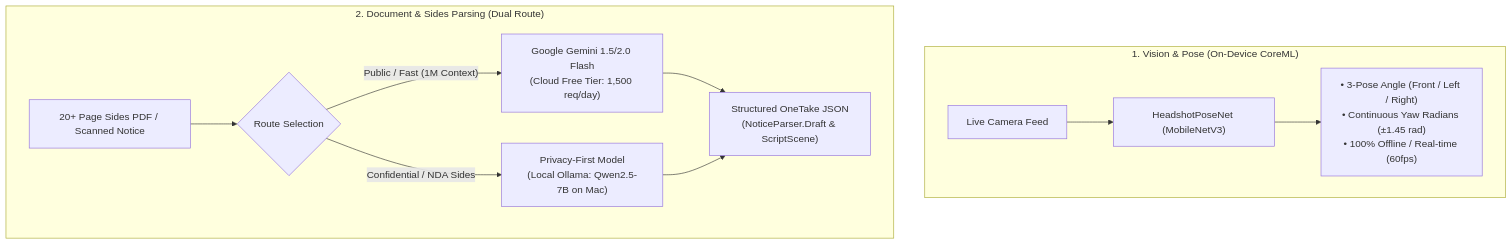
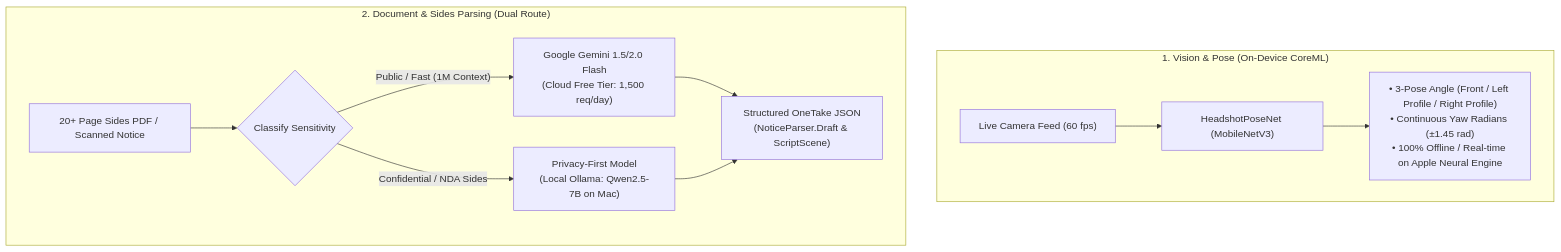
The diagram in docs/ML_PIPELINE.md (IneshAg/OneTake-iOS), drawn with Mermaid before and after one commit. The commit also changed other lines of this file and 2 other files, not shown here.

````diff
--- a/docs/ML_PIPELINE.md
+++ b/docs/ML_PIPELINE.md
@@ -11,15 +43,15 @@
 ```mermaid
 flowchart TD
     subgraph OnDevice["1. Vision & Pose (On-Device CoreML)"]
-        Camera["Live Camera Feed"] --> PoseNet["HeadshotPoseNet (MobileNetV3)"]
-        PoseNet --> PoseOut["• 3-Pose Angle (Front / Left / Right)<br>• Continuous Yaw Radians (±1.45 rad)<br>• 100% Offline / Real-time (60fps)"]
+        Camera["Live Camera Feed (60 fps)"] --> PoseNet["HeadshotPoseNet (MobileNetV3)"]
+        PoseNet --> PoseOut["• 3-Pose Angle (Front / Left Profile / Right Profile)<br>• Continuous Yaw Radians (±1.45 rad)<br>• 100% Offline / Real-time on Apple Neural Engine"]
     end
 
     subgraph DualParsing["2. Document & Sides Parsing (Dual Route)"]
-        DocInput["20+ Page Sides PDF / Scanned Notice"] --> Router{"Route Selection"}
+        DocInput["20+ Page Sides PDF / Scanned Notice"] --> Router{"Classify Sensitivity"}
         Router -->|"Public / Fast (1M Context)"| Gemini["Google Gemini 1.5/2.0 Flash<br>(Cloud Free Tier: 1,500 req/day)"]
         Router -->|"Confidential / NDA Sides"| Ollama["Privacy-First Model<br>(Local Ollama: Qwen2.5-7B on Mac)"]
         Gemini --> Schema["Structured OneTake JSON<br>(NoticeParser.Draft & ScriptScene)"]
         Ollama --> Schema
     end
 ```
````
